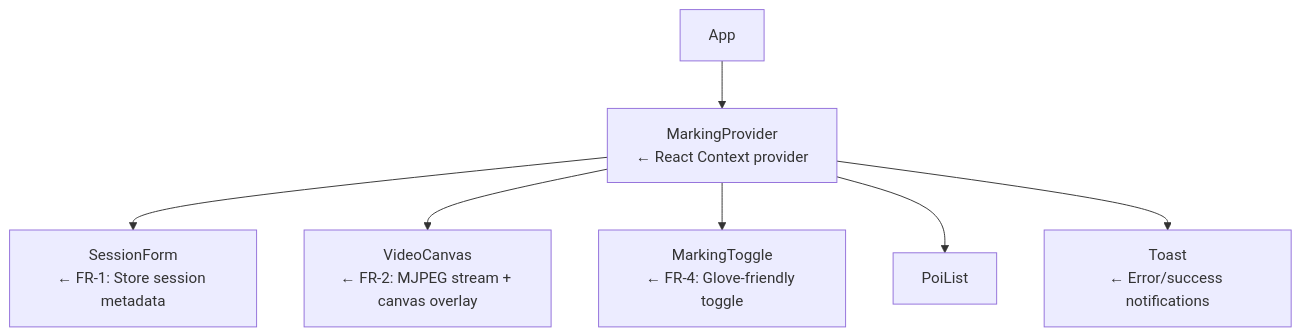
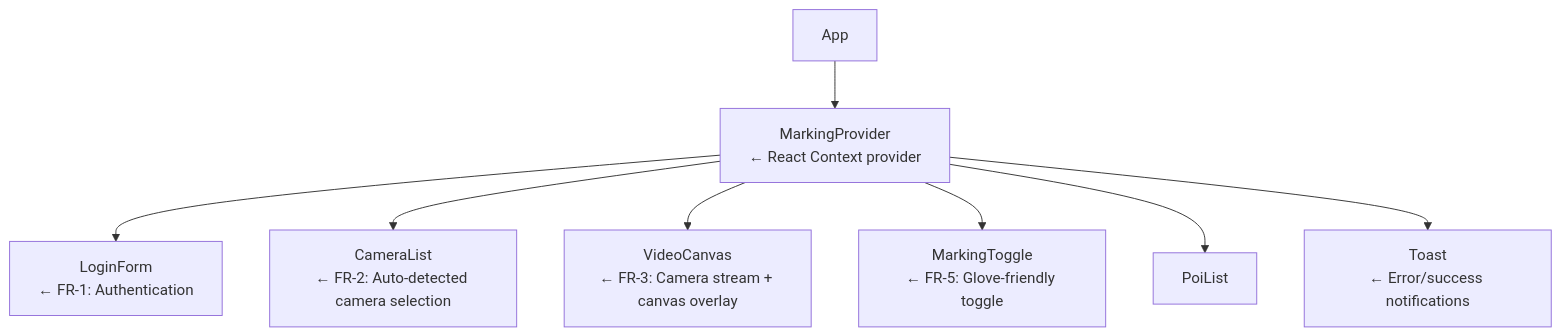
Before and after one commit to HME-ARCHITECTS/first_ai_project: the fourth of 4 diagrams in specs/01-camera-placement-marker.md, drawn with Mermaid. The commit also changed other lines of this file and 30 other files, not shown here.

````diff
--- a/specs/01-camera-placement-marker.md
+++ b/specs/01-camera-placement-marker.md
@@ -401,17 +515,19 @@
 ```mermaid
 graph TD
     App["App"]
     MP["MarkingProvider\n← React Context provider"]
-    SF["SessionForm\n← FR-1: Store session metadata"]
-    VC["VideoCanvas\n← FR-2: MJPEG stream + canvas overlay"]
-    MT["MarkingToggle\n← FR-4: Glove-friendly toggle"]
+    LF["LoginForm\n← FR-1: Authentication"]
+    CL["CameraList\n← FR-2: Auto-detected camera selection"]
+    VC["VideoCanvas\n← FR-3: Camera stream + canvas overlay"]
+    MT["MarkingToggle\n← FR-5: Glove-friendly toggle"]
     PL["PoiList"]
     TT["Toast\n← Error/success notifications"]
 
     App --> MP
-    MP --> SF
+    MP --> LF
+    MP --> CL
     MP --> VC
     MP --> MT
     MP --> PL
     MP --> TT
 ```
````
